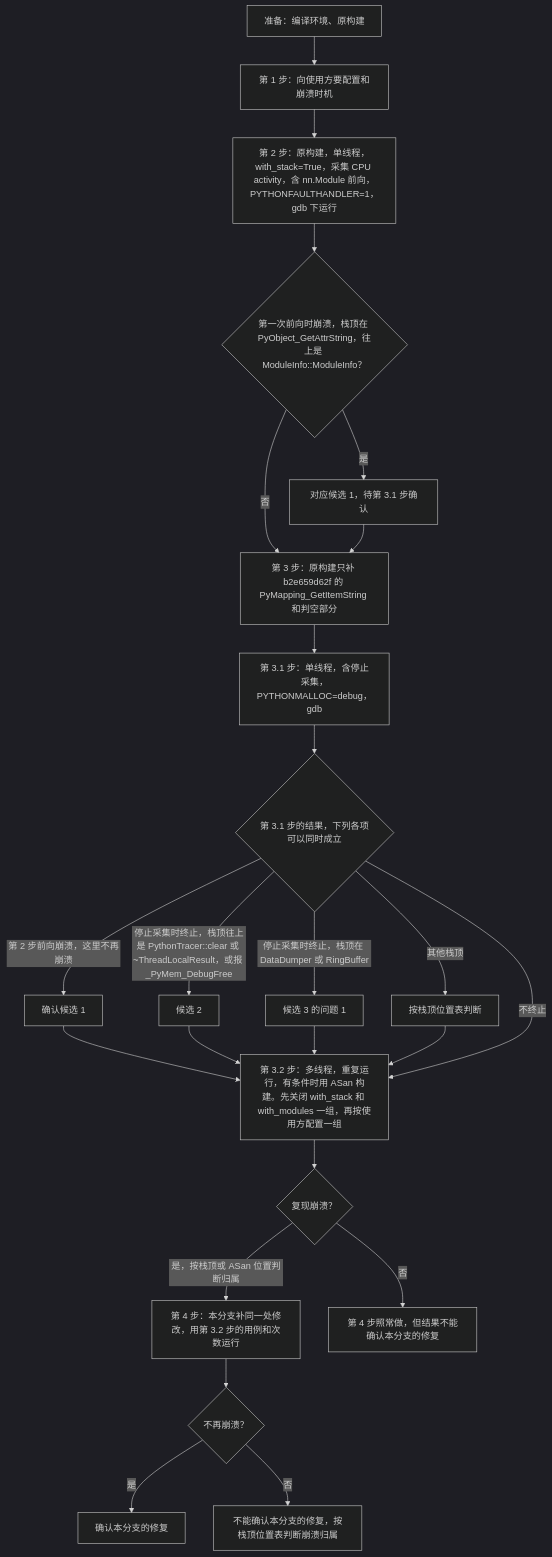
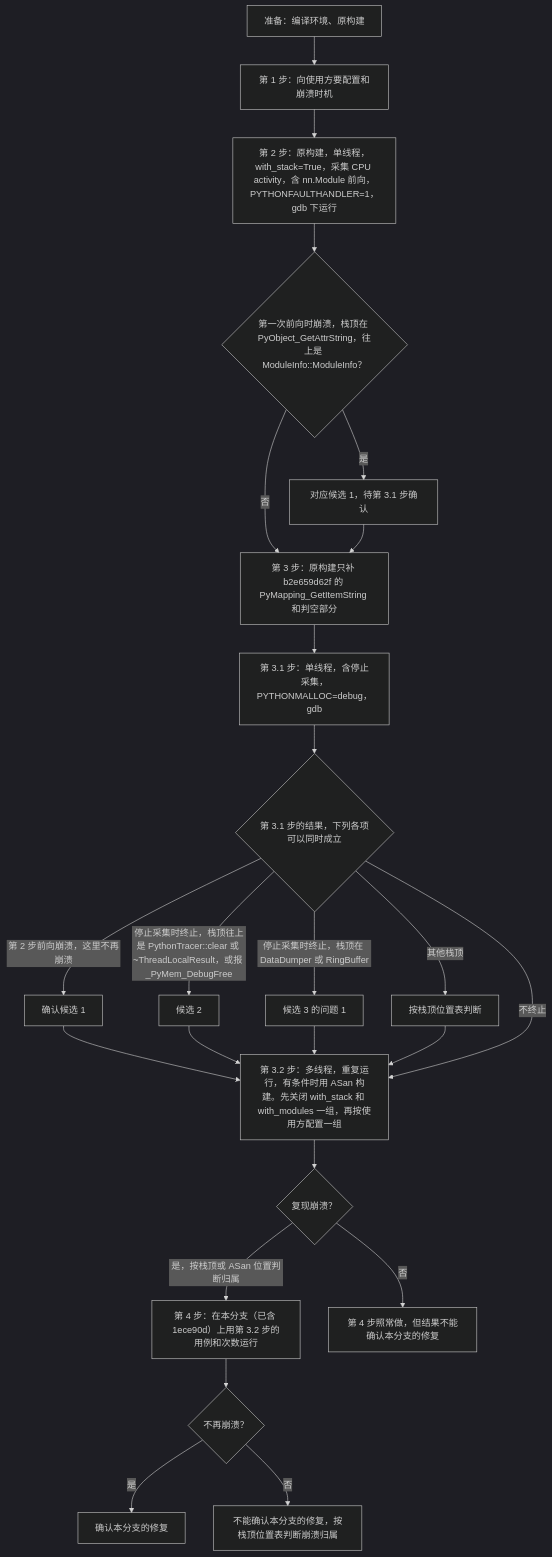
One commit to yinwu01/torch_npu changed the diagram in docs/profiler_free_threaded/analysis.md. Above: the diagram before and after it, drawn with Mermaid (dark theme). The commit also changed other lines of this file and 4 other files, not shown here.

````diff
--- a/docs/profiler_free_threaded/analysis.md
+++ b/docs/profiler_free_threaded/analysis.md
@@ -432,26 +433,26 @@
 ```mermaid
 flowchart TD
     P["准备：编译环境、原构建"] --> S1["第 1 步：向使用方要配置和崩溃时机"]
     S1 --> S2["第 2 步：原构建，单线程，with_stack=True，采集 CPU activity，含 nn.Module 前向，PYTHONFAULTHANDLER=1，gdb 下运行"]
     S2 --> D2{"第一次前向时崩溃，栈顶在 PyObject_GetAttrString，往上是 ModuleInfo::ModuleInfo？"}
     D2 -->|是| C1P["对应候选 1，待第 3.1 步确认"]
     D2 -->|否| S3
     C1P --> S3["第 3 步：原构建只补 b2e659d62f 的 PyMapping_GetItemString 和判空部分"]
     S3 --> S31["第 3.1 步：单线程，含停止采集，PYTHONMALLOC=debug，gdb"]
     S31 --> D31{"第 3.1 步的结果，下列各项可以同时成立"}
     D31 -->|"第 2 步前向崩溃，这里不再崩溃"| C1["确认候选 1"]
     D31 -->|"停止采集时终止，栈顶往上是 PythonTracer::clear 或 ~ThreadLocalResult，或报 _PyMem_DebugFree"| C2["候选 2"]
     D31 -->|"停止采集时终止，栈顶在 DataDumper 或 RingBuffer"| C3["候选 3 的问题 1"]
     D31 -->|"其他栈顶"| CX["按栈顶位置表判断"]
     C1 --> S32
     C2 --> S32
     C3 --> S32
     CX --> S32
     D31 -->|不终止| S32["第 3.2 步：多线程，重复运行，有条件时用 ASan 构建。先关闭 with_stack 和 with_modules 一组，再按使用方配置一组"]
     S32 --> D32{"复现崩溃？"}
-    D32 -->|"是，按栈顶或 ASan 位置判断归属"| S4["第 4 步：本分支补同一处修改，用第 3.2 步的用例和次数运行"]
+    D32 -->|"是，按栈顶或 ASan 位置判断归属"| S4["第 4 步：在本分支（已含 1ece90d）上用第 3.2 步的用例和次数运行"]
     D32 -->|否| S4N["第 4 步照常做，但结果不能确认本分支的修复"]
     S4 --> D4{"不再崩溃？"}
     D4 -->|是| OK["确认本分支的修复"]
     D4 -->|否| DX["不能确认本分支的修复，按栈顶位置表判断崩溃归属"]
 ```
````
